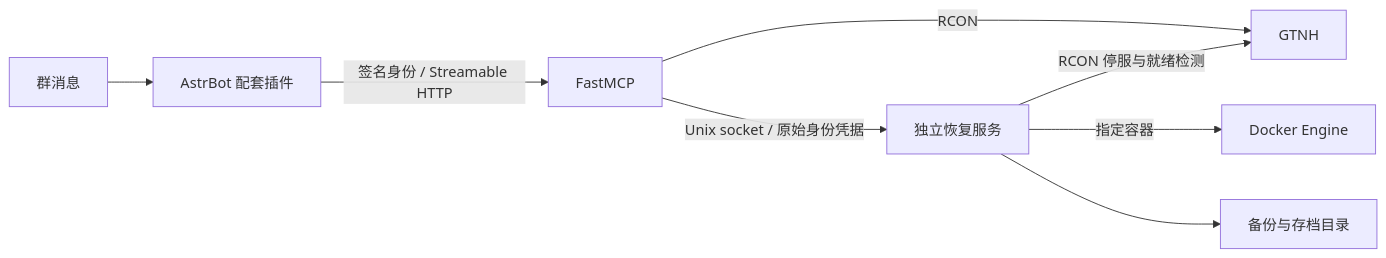
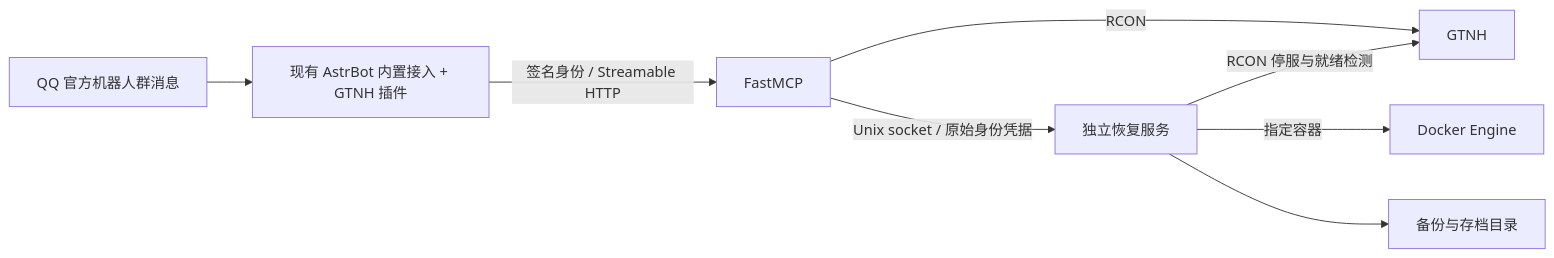
Before and after one commit to actforever/gtnh-mcp: the diagram in docs/architecture.md, drawn with Mermaid. The commit also changed other lines of this file and 9 other files, not shown here.

Commit message:
fix: reuse AstrBot official QQ integration without extra gateway

````diff
--- a/docs/architecture.md
+++ b/docs/architecture.md
@@ -3,10 +3,10 @@
 ```mermaid
 flowchart LR
-    Group[群消息] --> Plugin[AstrBot 配套插件]
+    Group[QQ 官方机器人群消息] --> Plugin[现有 AstrBot 内置接入 + GTNH 插件]
     Plugin -->|签名身份 / Streamable HTTP| MCP[FastMCP]
     MCP -->|RCON| GTNH[GTNH]
     MCP -->|Unix socket / 原始身份凭据| Helper[独立恢复服务]
     Helper -->|指定容器| Docker[Docker Engine]
     Helper -->|RCON 停服与就绪检测| GTNH
     Helper --> Files[备份与存档目录]
 ```
````
